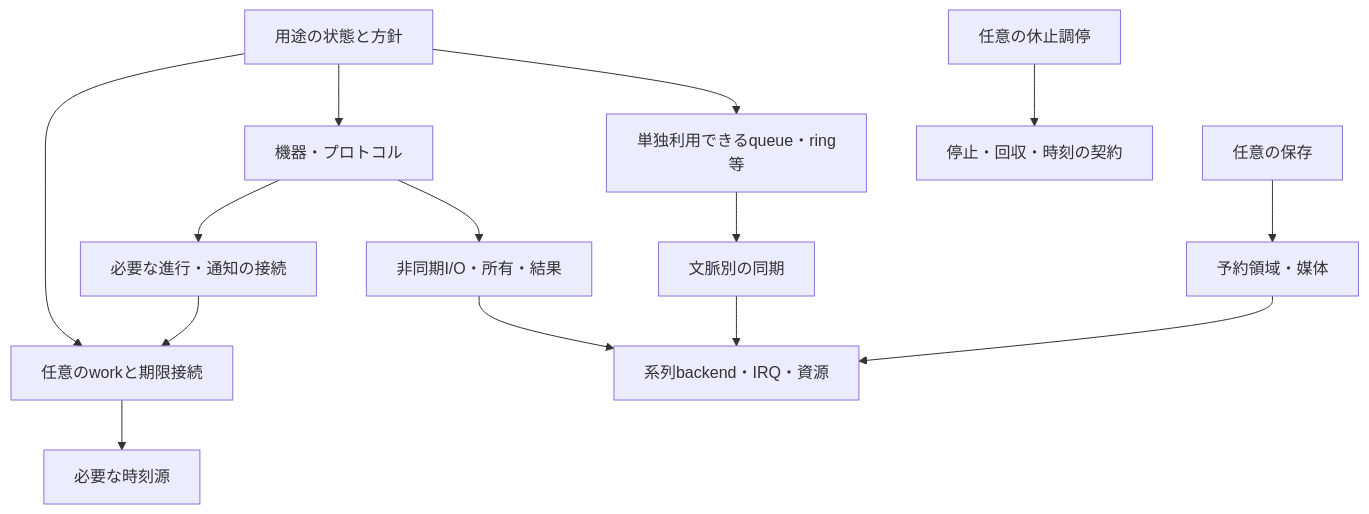
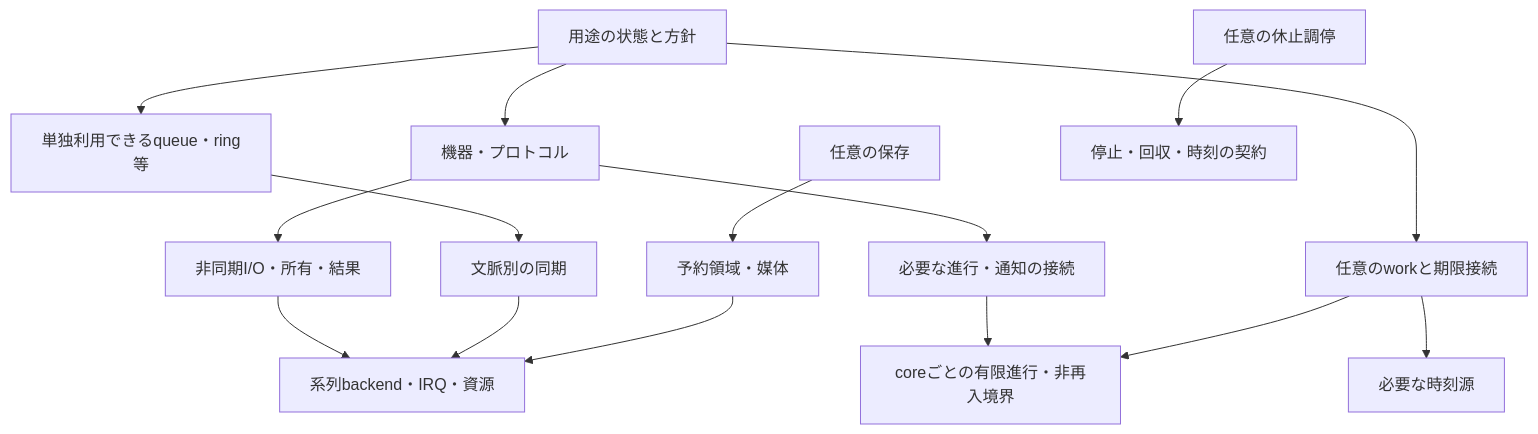
The diagram in planning/core-redesign/tasks/ARCH-SELECT-01/proposal.ja.md (ch32-riscv-ug/ArduinoCore-CH32RV), drawn with Mermaid before and after one commit. The commit also changed other lines of this file and 8 other files, not shown here.

Commit message:
docs: revise architecture proposal after updated review 01

````diff
--- a/planning/core-redesign/tasks/ARCH-SELECT-01/proposal.ja.md
+++ b/planning/core-redesign/tasks/ARCH-SELECT-01/proposal.ja.md
@@ -88,16 +99,17 @@
 ```mermaid
 flowchart TD
     App[用途の状態と方針] --> Device[機器・プロトコル]
     App --> Work[任意のworkと期限接続]
     App --> Data[単独利用できるqueue・ring等]
     Device --> IO[非同期I/O・所有・結果]
     Device --> Bind[必要な進行・通知の接続]
-    Bind --> Work
+    Bind --> Runtime[coreごとの有限進行・非再入境界]
+    Work --> Runtime
     IO --> Port[系列backend・IRQ・資源]
     Data --> Sync[文脈別の同期]
     Sync --> Port
     Work --> Time[必要な時刻源]
     Store[任意の保存] --> Region[予約領域・媒体]
     Region --> Port
     Power[任意の休止調停] --> Boundary[停止・回収・時刻の契約]
 ```
````
